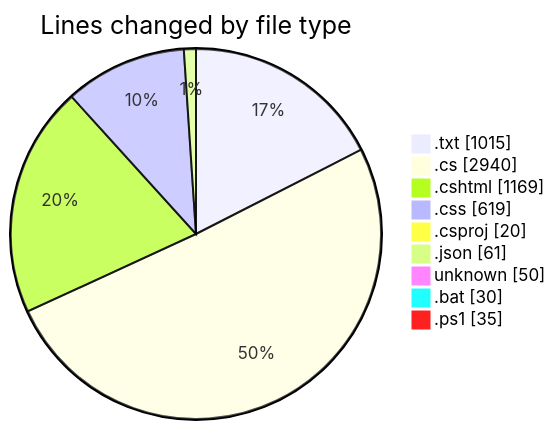
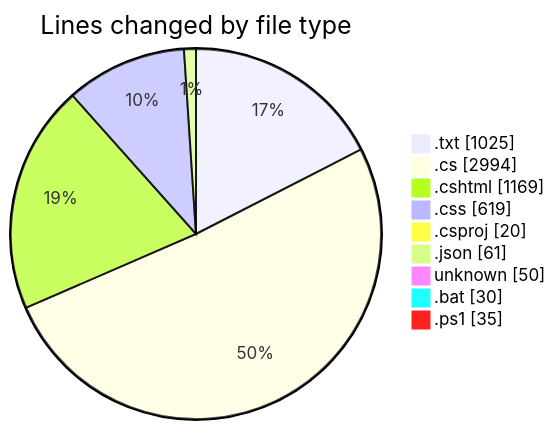
One commit to lephambinh05/code-tracking changed the first of 2 diagrams in 2025-07-26/quanlyrapchieuphim-1/README.md. Above: the diagram before and after it, drawn with Mermaid. The commit also changed other lines of this file and 1 other file, not shown here.

````diff
--- a/2025-07-26/quanlyrapchieuphim-1/README.md
+++ b/2025-07-26/quanlyrapchieuphim-1/README.md
@@ -37,13 +37,13 @@
 ```mermaid
 pie showData
 title Lines changed by file type
-".txt" : 1015
-".cs" : 2940
+".txt" : 1025
+".cs" : 2994
 ".cshtml" : 1169
 ".css" : 619
 ".csproj" : 20
 ".json" : 61
 "unknown" : 50
 ".bat" : 30
 ".ps1" : 35
 ```
````
